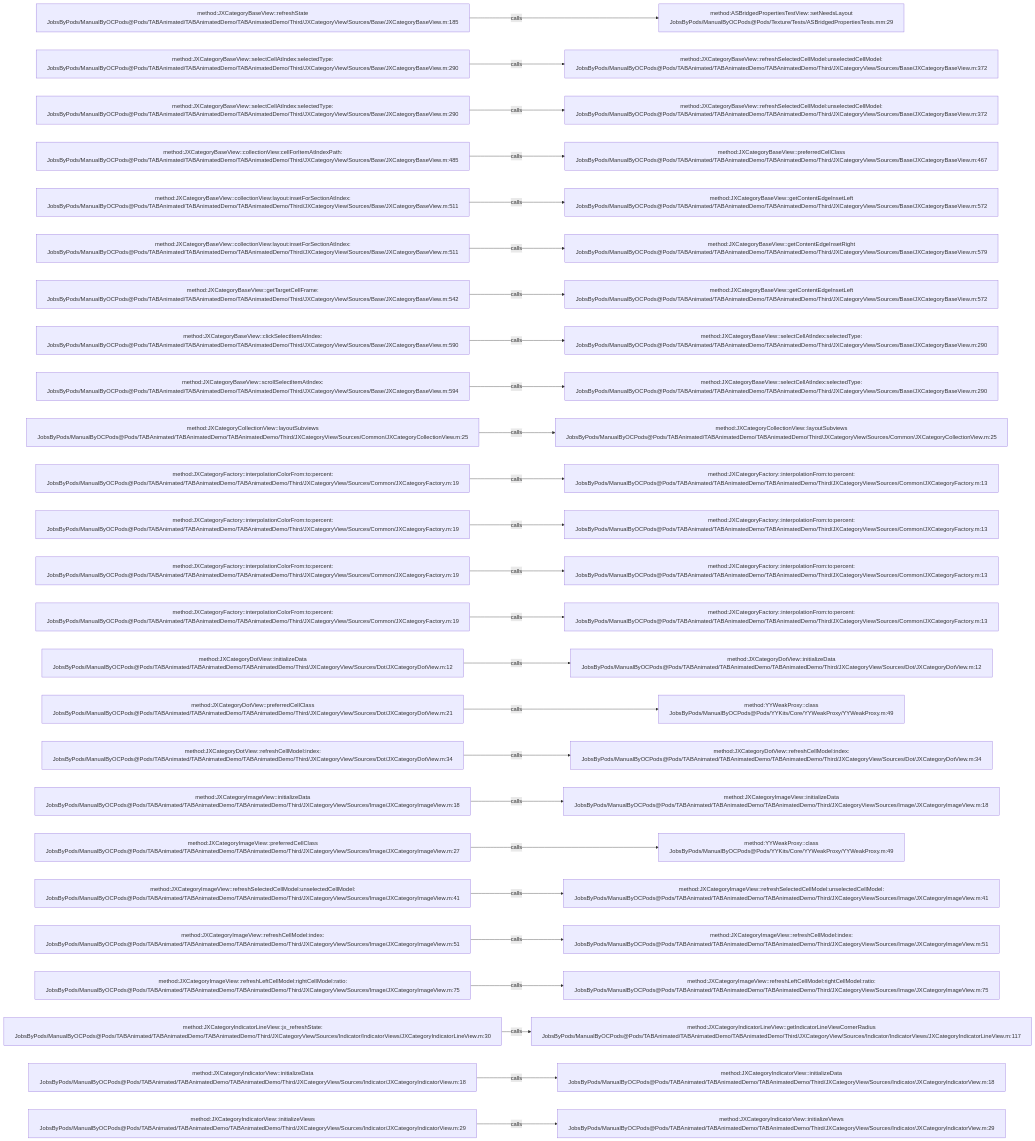
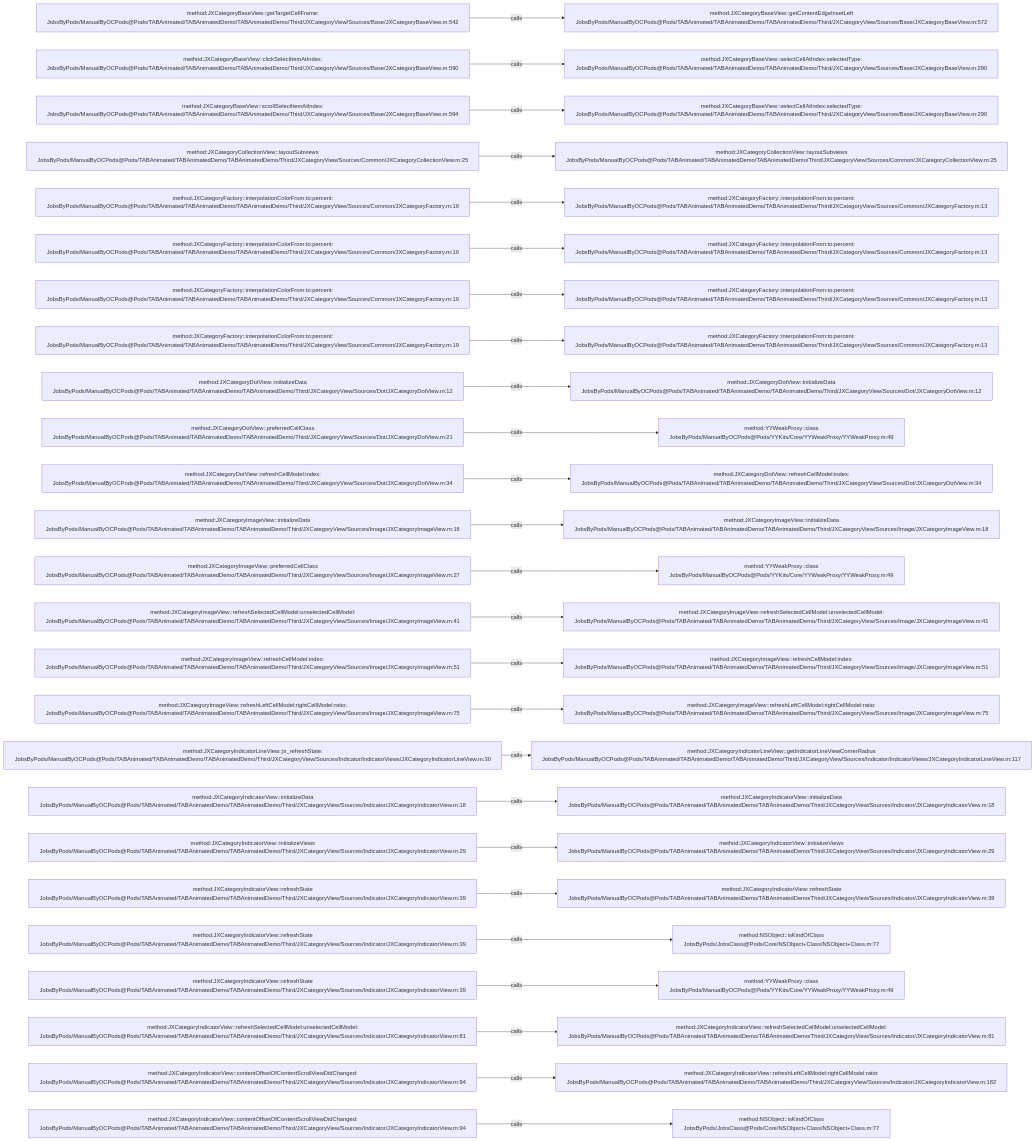
The diagram in .codegraph/codegraph.md/graphs/calls-034.md (JobsKits/JobsOCBaseConfigDemo), drawn with Mermaid before and after one commit. The commit also changed 666 other files, not shown here.

````diff
--- a/.codegraph/codegraph.md/graphs/calls-034.md
+++ b/.codegraph/codegraph.md/graphs/calls-034.md
@@ -13,78 +13,78 @@
 ```mermaid
 flowchart LR
-  S1["method:JXCategoryBaseView::refreshState<br/>JobsByPods/ManualByOCPods@Pods/TABAnimated/TABAnimatedDemo/TABAnimatedDemo/Third/JXCategoryView/Sources/Base/JXCategoryBaseView.m:185"]
-  T1["method:ASBridgedPropertiesTestView::setNeedsLayout<br/>JobsByPods/ManualByOCPods@Pods/Texture/Tests/ASBridgedPropertiesTests.mm:29"]
+  S1["method:JXCategoryBaseView::getTargetCellFrame:<br/>JobsByPods/ManualByOCPods@Pods/TABAnimated/TABAnimatedDemo/TABAnimatedDemo/Third/JXCategoryView/Sources/Base/JXCategoryBaseView.m:542"]
+  T1["method:JXCategoryBaseView::getContentEdgeInsetLeft<br/>JobsByPods/ManualByOCPods@Pods/TABAnimated/TABAnimatedDemo/TABAnimatedDemo/Third/JXCategoryView/Sources/Base/JXCategoryBaseView.m:572"]
   S1 -->|calls| T1
-  S2["method:JXCategoryBaseView::selectCellAtIndex:selectedType:<br/>JobsByPods/ManualByOCPods@Pods/TABAnimated/TABAnimatedDemo/TABAnimatedDemo/Third/JXCategoryView/Sources/Base/JXCategoryBaseView.m:290"]
-  T2["method:JXCategoryBaseView::refreshSelectedCellModel:unselectedCellModel:<br/>JobsByPods/ManualByOCPods@Pods/TABAnimated/TABAnimatedDemo/TABAnimatedDemo/Third/JXCategoryView/Sources/Base/JXCategoryBaseView.m:372"]
+  S2["method:JXCategoryBaseView::clickSelectItemAtIndex:<br/>JobsByPods/ManualByOCPods@Pods/TABAnimated/TABAnimatedDemo/TABAnimatedDemo/Third/JXCategoryView/Sources/Base/JXCategoryBaseView.m:590"]
+  T2["method:JXCategoryBaseView::selectCellAtIndex:selectedType:<br/>JobsByPods/ManualByOCPods@Pods/TABAnimated/TABAnimatedDemo/TABAnimatedDemo/Third/JXCategoryView/Sources/Base/JXCategoryBaseView.m:290"]
   S2 -->|calls| T2
-  S3["method:JXCategoryBaseView::selectCellAtIndex:selectedType:<br/>JobsByPods/ManualByOCPods@Pods/TABAnimated/TABAnimatedDemo/TABAnimatedDemo/Third/JXCategoryView/Sources/Base/JXCategoryBaseView.m:290"]
-  T3["method:JXCategoryBaseView::refreshSelectedCellModel:unselectedCellModel:<br/>JobsByPods/ManualByOCPods@Pods/TABAnimated/TABAnimatedDemo/TABAnimatedDemo/Third/JXCategoryView/Sources/Base/JXCategoryBaseView.m:372"]
+  S3["method:JXCategoryBaseView::scrollSelectItemAtIndex:<br/>JobsByPods/ManualByOCPods@Pods/TABAnimated/TABAnimatedDemo/TABAnimatedDemo/Third/JXCategoryView/Sources/Base/JXCategoryBaseView.m:594"]
+  T3["method:JXCategoryBaseView::selectCellAtIndex:selectedType:<br/>JobsByPods/ManualByOCPods@Pods/TABAnimated/TABAnimatedDemo/TABAnimatedDemo/Third/JXCategoryView/Sources/Base/JXCategoryBaseView.m:290"]
   S3 -->|calls| T3
-  S4["method:JXCategoryBaseView::collectionView:cellForItemAtIndexPath:<br/>JobsByPods/ManualByOCPods@Pods/TABAnimated/TABAnimatedDemo/TABAnimatedDemo/Third/JXCategoryView/Sources/Base/JXCategoryBaseView.m:485"]
-  T4["method:JXCategoryBaseView::preferredCellClass<br/>JobsByPods/ManualByOCPods@Pods/TABAnimated/TABAnimatedDemo/TABAnimatedDemo/Third/JXCategoryView/Sources/Base/JXCategoryBaseView.m:467"]
+  S4["method:JXCategoryCollectionView::layoutSubviews<br/>JobsByPods/ManualByOCPods@Pods/TABAnimated/TABAnimatedDemo/TABAnimatedDemo/Third/JXCategoryView/Sources/Common/JXCategoryCollectionView.m:25"]
+  T4["method:JXCategoryCollectionView::layoutSubviews<br/>JobsByPods/ManualByOCPods@Pods/TABAnimated/TABAnimatedDemo/TABAnimatedDemo/Third/JXCategoryView/Sources/Common/JXCategoryCollectionView.m:25"]
   S4 -->|calls| T4
-  S5["method:JXCategoryBaseView::collectionView:layout:insetForSectionAtIndex:<br/>JobsByPods/ManualByOCPods@Pods/TABAnimated/TABAnimatedDemo/TABAnimatedDemo/Third/JXCategoryView/Sources/Base/JXCategoryBaseView.m:511"]
-  T5["method:JXCategoryBaseView::getContentEdgeInsetLeft<br/>JobsByPods/ManualByOCPods@Pods/TABAnimated/TABAnimatedDemo/TABAnimatedDemo/Third/JXCategoryView/Sources/Base/JXCategoryBaseView.m:572"]
+  S5["method:JXCategoryFactory::interpolationColorFrom:to:percent:<br/>JobsByPods/ManualByOCPods@Pods/TABAnimated/TABAnimatedDemo/TABAnimatedDemo/Third/JXCategoryView/Sources/Common/JXCategoryFactory.m:19"]
+  T5["method:JXCategoryFactory::interpolationFrom:to:percent:<br/>JobsByPods/ManualByOCPods@Pods/TABAnimated/TABAnimatedDemo/TABAnimatedDemo/Third/JXCategoryView/Sources/Common/JXCategoryFactory.m:13"]
   S5 -->|calls| T5
-  S6["method:JXCategoryBaseView::collectionView:layout:insetForSectionAtIndex:<br/>JobsByPods/ManualByOCPods@Pods/TABAnimated/TABAnimatedDemo/TABAnimatedDemo/Third/JXCategoryView/Sources/Base/JXCategoryBaseView.m:511"]
-  T6["method:JXCategoryBaseView::getContentEdgeInsetRight<br/>JobsByPods/ManualByOCPods@Pods/TABAnimated/TABAnimatedDemo/TABAnimatedDemo/Third/JXCategoryView/Sources/Base/JXCategoryBaseView.m:579"]
+  S6["method:JXCategoryFactory::interpolationColorFrom:to:percent:<br/>JobsByPods/ManualByOCPods@Pods/TABAnimated/TABAnimatedDemo/TABAnimatedDemo/Third/JXCategoryView/Sources/Common/JXCategoryFactory.m:19"]
+  T6["method:JXCategoryFactory::interpolationFrom:to:percent:<br/>JobsByPods/ManualByOCPods@Pods/TABAnimated/TABAnimatedDemo/TABAnimatedDemo/Third/JXCategoryView/Sources/Common/JXCategoryFactory.m:13"]
   S6 -->|calls| T6
-  S7["method:JXCategoryBaseView::getTargetCellFrame:<br/>JobsByPods/ManualByOCPods@Pods/TABAnimated/TABAnimatedDemo/TABAnimatedDemo/Third/JXCategoryView/Sources/Base/JXCategoryBaseView.m:542"]
-  T7["method:JXCategoryBaseView::getContentEdgeInsetLeft<br/>JobsByPods/ManualByOCPods@Pods/TABAnimated/TABAnimatedDemo/TABAnimatedDemo/Third/JXCategoryView/Sources/Base/JXCategoryBaseView.m:572"]
+  S7["method:JXCategoryFactory::interpolationColorFrom:to:percent:<br/>JobsByPods/ManualByOCPods@Pods/TABAnimated/TABAnimatedDemo/TABAnimatedDemo/Third/JXCategoryView/Sources/Common/JXCategoryFactory.m:19"]
+  T7["method:JXCategoryFactory::interpolationFrom:to:percent:<br/>JobsByPods/ManualByOCPods@Pods/TABAnimated/TABAnimatedDemo/TABAnimatedDemo/Third/JXCategoryView/Sources/Common/JXCategoryFactory.m:13"]
   S7 -->|calls| T7
-  S8["method:JXCategoryBaseView::clickSelectItemAtIndex:<br/>JobsByPods/ManualByOCPods@Pods/TABAnimated/TABAnimatedDemo/TABAnimatedDemo/Third/JXCategoryView/Sources/Base/JXCategoryBaseView.m:590"]
-  T8["method:JXCategoryBaseView::selectCellAtIndex:selectedType:<br/>JobsByPods/ManualByOCPods@Pods/TABAnimated/TABAnimatedDemo/TABAnimatedDemo/Third/JXCategoryView/Sources/Base/JXCategoryBaseView.m:290"]
+  S8["method:JXCategoryFactory::interpolationColorFrom:to:percent:<br/>JobsByPods/ManualByOCPods@Pods/TABAnimated/TABAnimatedDemo/TABAnimatedDemo/Third/JXCategoryView/Sources/Common/JXCategoryFactory.m:19"]
+  T8["method:JXCategoryFactory::interpolationFrom:to:percent:<br/>JobsByPods/ManualByOCPods@Pods/TABAnimated/TABAnimatedDemo/TABAnimatedDemo/Third/JXCategoryView/Sources/Common/JXCategoryFactory.m:13"]
   S8 -->|calls| T8
-  S9["method:JXCategoryBaseView::scrollSelectItemAtIndex:<br/>JobsByPods/ManualByOCPods@Pods/TABAnimated/TABAnimatedDemo/TABAnimatedDemo/Third/JXCategoryView/Sources/Base/JXCategoryBaseView.m:594"]
-  T9["method:JXCategoryBaseView::selectCellAtIndex:selectedType:<br/>JobsByPods/ManualByOCPods@Pods/TABAnimated/TABAnimatedDemo/TABAnimatedDemo/Third/JXCategoryView/Sources/Base/JXCategoryBaseView.m:290"]
+  S9["method:JXCategoryDotView::initializeData<br/>JobsByPods/ManualByOCPods@Pods/TABAnimated/TABAnimatedDemo/TABAnimatedDemo/Third/JXCategoryView/Sources/Dot/JXCategoryDotView.m:12"]
+  T9["method:JXCategoryDotView::initializeData<br/>JobsByPods/ManualByOCPods@Pods/TABAnimated/TABAnimatedDemo/TABAnimatedDemo/Third/JXCategoryView/Sources/Dot/JXCategoryDotView.m:12"]
   S9 -->|calls| T9
-  S10["method:JXCategoryCollectionView::layoutSubviews<br/>JobsByPods/ManualByOCPods@Pods/TABAnimated/TABAnimatedDemo/TABAnimatedDemo/Third/JXCategoryView/Sources/Common/JXCategoryCollectionView.m:25"]
-  T10["method:JXCategoryCollectionView::layoutSubviews<br/>JobsByPods/ManualByOCPods@Pods/TABAnimated/TABAnimatedDemo/TABAnimatedDemo/Third/JXCategoryView/Sources/Common/JXCategoryCollectionView.m:25"]
+  S10["method:JXCategoryDotView::preferredCellClass<br/>JobsByPods/ManualByOCPods@Pods/TABAnimated/TABAnimatedDemo/TABAnimatedDemo/Third/JXCategoryView/Sources/Dot/JXCategoryDotView.m:21"]
+  T10["method:YYWeakProxy::class<br/>JobsByPods/ManualByOCPods@Pods/YYKits/Core/YYWeakProxy/YYWeakProxy.m:49"]
   S10 -->|calls| T10
-  S11["method:JXCategoryFactory::interpolationColorFrom:to:percent:<br/>JobsByPods/ManualByOCPods@Pods/TABAnimated/TABAnimatedDemo/TABAnimatedDemo/Third/JXCategoryView/Sources/Common/JXCategoryFactory.m:19"]
-  T11["method:JXCategoryFactory::interpolationFrom:to:percent:<br/>JobsByPods/ManualByOCPods@Pods/TABAnimated/TABAnimatedDemo/TABAnimatedDemo/Third/JXCategoryView/Sources/Common/JXCategoryFactory.m:13"]
+  S11["method:JXCategoryDotView::refreshCellModel:index:<br/>JobsByPods/ManualByOCPods@Pods/TABAnimated/TABAnimatedDemo/TABAnimatedDemo/Third/JXCategoryView/Sources/Dot/JXCategoryDotView.m:34"]
+  T11["method:JXCategoryDotView::refreshCellModel:index:<br/>JobsByPods/ManualByOCPods@Pods/TABAnimated/TABAnimatedDemo/TABAnimatedDemo/Third/JXCategoryView/Sources/Dot/JXCategoryDotView.m:34"]
   S11 -->|calls| T11
-  S12["method:JXCategoryFactory::interpolationColorFrom:to:percent:<br/>JobsByPods/ManualByOCPods@Pods/TABAnimated/TABAnimatedDemo/TABAnimatedDemo/Third/JXCategoryView/Sources/Common/JXCategoryFactory.m:19"]
-  T12["method:JXCategoryFactory::interpolationFrom:to:percent:<br/>JobsByPods/ManualByOCPods@Pods/TABAnimated/TABAnimatedDemo/TABAnimatedDemo/Third/JXCategoryView/Sources/Common/JXCategoryFactory.m:13"]
+  S12["method:JXCategoryImageView::initializeData<br/>JobsByPods/ManualByOCPods@Pods/TABAnimated/TABAnimatedDemo/TABAnimatedDemo/Third/JXCategoryView/Sources/Image/JXCategoryImageView.m:18"]
+  T12["method:JXCategoryImageView::initializeData<br/>JobsByPods/ManualByOCPods@Pods/TABAnimated/TABAnimatedDemo/TABAnimatedDemo/Third/JXCategoryView/Sources/Image/JXCategoryImageView.m:18"]
   S12 -->|calls| T12
-  S13["method:JXCategoryFactory::interpolationColorFrom:to:percent:<br/>JobsByPods/ManualByOCPods@Pods/TABAnimated/TABAnimatedDemo/TABAnimatedDemo/Third/JXCategoryView/Sources/Common/JXCategoryFactory.m:19"]
-  T13["method:JXCategoryFactory::interpolationFrom:to:percent:<br/>JobsByPods/ManualByOCPods@Pods/TABAnimated/TABAnimatedDemo/TABAnimatedDemo/Third/JXCategoryView/Sources/Common/JXCategoryFactory.m:13"]
+  S13["method:JXCategoryImageView::preferredCellClass<br/>JobsByPods/ManualByOCPods@Pods/TABAnimated/TABAnimatedDemo/TABAnimatedDemo/Third/JXCategoryView/Sources/Image/JXCategoryImageView.m:27"]
+  T13["method:YYWeakProxy::class<br/>JobsByPods/ManualByOCPods@Pods/YYKits/Core/YYWeakProxy/YYWeakProxy.m:49"]
   S13 -->|calls| T13
-  S14["method:JXCategoryFactory::interpolationColorFrom:to:percent:<br/>JobsByPods/ManualByOCPods@Pods/TABAnimated/TABAnimatedDemo/TABAnimatedDemo/Third/JXCategoryView/Sources/Common/JXCategoryFactory.m:19"]
-  T14["method:JXCategoryFactory::interpolationFrom:to:percent:<br/>JobsByPods/ManualByOCPods@Pods/TABAnimated/TABAnimatedDemo/TABAnimatedDemo/Third/JXCategoryView/Sources/Common/JXCategoryFactory.m:13"]
+  S14["method:JXCategoryImageView::refreshSelectedCellModel:unselectedCellModel:<br/>JobsByPods/ManualByOCPods@Pods/TABAnimated/TABAnimatedDemo/TABAnimatedDemo/Third/JXCategoryView/Sources/Image/JXCategoryImageView.m:41"]
+  T14["method:JXCategoryImageView::refreshSelectedCellModel:unselectedCellModel:<br/>JobsByPods/ManualByOCPods@Pods/TABAnimated/TABAnimatedDemo/TABAnimatedDemo/Third/JXCategoryView/Sources/Image/JXCategoryImageView.m:41"]
   S14 -->|calls| T14
-  S15["method:JXCategoryDotView::initializeData<br/>JobsByPods/ManualByOCPods@Pods/TABAnimated/TABAnimatedDemo/TABAnimatedDemo/Third/JXCategoryView/Sources/Dot/JXCategoryDotView.m:12"]
-  T15["method:JXCategoryDotView::initializeData<br/>JobsByPods/ManualByOCPods@Pods/TABAnimated/TABAnimatedDemo/TABAnimatedDemo/Third/JXCategoryView/Sources/Dot/JXCategoryDotView.m:12"]
+  S15["method:JXCategoryImageView::refreshCellModel:index:<br/>JobsByPods/ManualByOCPods@Pods/TABAnimated/TABAnimatedDemo/TABAnimatedDemo/Third/JXCategoryView/Sources/Image/JXCategoryImageView.m:51"]
+  T15["method:JXCategoryImageView::refreshCellModel:index:<br/>JobsByPods/ManualByOCPods@Pods/TABAnimated/TABAnimatedDemo/TABAnimatedDemo/Third/JXCategoryView/Sources/Image/JXCategoryImageView.m:51"]
   S15 -->|calls| T15
-  S16["method:JXCategoryDotView::preferredCellClass<br/>JobsByPods/ManualByOCPods@Pods/TABAnimated/TABAnimatedDemo/TABAnimatedDemo/Third/JXCategoryView/Sources/Dot/JXCategoryDotView.m:21"]
-  T16["method:YYWeakProxy::class<br/>JobsByPods/ManualByOCPods@Pods/YYKits/Core/YYWeakProxy/YYWeakProxy.m:49"]
+  S16["method:JXCategoryImageView::refreshLeftCellModel:rightCellModel:ratio:<br/>JobsByPods/ManualByOCPods@Pods/TABAnimated/TABAnimatedDemo/TABAnimatedDemo/Third/JXCategoryView/Sources/Image/JXCategoryImageView.m:75"]
+  T16["method:JXCategoryImageView::refreshLeftCellModel:rightCellModel:ratio:<br/>JobsByPods/ManualByOCPods@Pods/TABAnimated/TABAnimatedDemo/TABAnimatedDemo/Third/JXCategoryView/Sources/Image/JXCategoryImageView.m:75"]
   S16 -->|calls| T16
-  S17["method:JXCategoryDotView::refreshCellModel:index:<br/>JobsByPods/ManualByOCPods@Pods/TABAnimated/TABAnimatedDemo/TABAnimatedDemo/Third/JXCategoryView/Sources/Dot/JXCategoryDotView.m:34"]
-  T17["method:JXCategoryDotView::refreshCellModel:index:<br/>JobsByPods/ManualByOCPods@Pods/TABAnimated/TABAnimatedDemo/TABAnimatedDemo/Third/JXCategoryView/Sources/Dot/JXCategoryDotView.m:34"]
+  S17["method:JXCategoryIndicatorLineView::jx_refreshState:<br/>JobsByPods/ManualByOCPods@Pods/TABAnimated/TABAnimatedDemo/TABAnimatedDemo/Third/JXCategoryView/Sources/Indicator/IndicatorViews/JXCategoryIndicatorLineView.m:30"]
+  T17["method:JXCategoryIndicatorLineView::getIndicatorLineViewCornerRadius<br/>JobsByPods/ManualByOCPods@Pods/TABAnimated/TABAnimatedDemo/TABAnimatedDemo/Third/JXCategoryView/Sources/Indicator/IndicatorViews/JXCategoryIndicatorLineView.m:117"]
   S17 -->|calls| T17
-  S18["method:JXCategoryImageView::initializeData<br/>JobsByPods/ManualByOCPods@Pods/TABAnimated/TABAnimatedDemo/TABAnimatedDemo/Third/JXCategoryView/Sources/Image/JXCategoryImageView.m:18"]
-  T18["method:JXCategoryImageView::initializeData<br/>JobsByPods/ManualByOCPods@Pods/TABAnimated/TABAnimatedDemo/TABAnimatedDemo/Third/JXCategoryView/Sources/Image/JXCategoryImageView.m:18"]
+  S18["method:JXCategoryIndicatorView::initializeData<br/>JobsByPods/ManualByOCPods@Pods/TABAnimated/TABAnimatedDemo/TABAnimatedDemo/Third/JXCategoryView/Sources/Indicator/JXCategoryIndicatorView.m:18"]
+  T18["method:JXCategoryIndicatorView::initializeData<br/>JobsByPods/ManualByOCPods@Pods/TABAnimated/TABAnimatedDemo/TABAnimatedDemo/Third/JXCategoryView/Sources/Indicator/JXCategoryIndicatorView.m:18"]
   S18 -->|calls| T18
-  S19["method:JXCategoryImageView::preferredCellClass<br/>JobsByPods/ManualByOCPods@Pods/TABAnimated/TABAnimatedDemo/TABAnimatedDemo/Third/JXCategoryView/Sources/Image/JXCategoryImageView.m:27"]
-  T19["method:YYWeakProxy::class<br/>JobsByPods/ManualByOCPods@Pods/YYKits/Core/YYWeakProxy/YYWeakProxy.m:49"]
+  S19["method:JXCategoryIndicatorView::initializeViews<br/>JobsByPods/ManualByOCPods@Pods/TABAnimated/TABAnimatedDemo/TABAnimatedDemo/Third/JXCategoryView/Sources/Indicator/JXCategoryIndicatorView.m:29"]
+  T19["method:JXCategoryIndicatorView::initializeViews<br/>JobsByPods/ManualByOCPods@Pods/TABAnimated/TABAnimatedDemo/TABAnimatedDemo/Third/JXCategoryView/Sources/Indicator/JXCategoryIndicatorView.m:29"]
   S19 -->|calls| T19
-  S20["method:JXCategoryImageView::refreshSelectedCellModel:unselectedCellModel:<br/>JobsByPods/ManualByOCPods@Pods/TABAnimated/TABAnimatedDemo/TABAnimatedDemo/Third/JXCategoryView/Sources/Image/JXCategoryImageView.m:41"]
-  T20["method:JXCategoryImageView::refreshSelectedCellModel:unselectedCellModel:<br/>JobsByPods/ManualByOCPods@Pods/TABAnimated/TABAnimatedDemo/TABAnimatedDemo/Third/JXCategoryView/Sources/Image/JXCategoryImageView.m:41"]
+  S20["method:JXCategoryIndicatorView::refreshState<br/>JobsByPods/ManualByOCPods@Pods/TABAnimated/TABAnimatedDemo/TABAnimatedDemo/Third/JXCategoryView/Sources/Indicator/JXCategoryIndicatorView.m:39"]
+  T20["method:JXCategoryIndicatorView::refreshState<br/>JobsByPods/ManualByOCPods@Pods/TABAnimated/TABAnimatedDemo/TABAnimatedDemo/Third/JXCategoryView/Sources/Indicator/JXCategoryIndicatorView.m:39"]
   S20 -->|calls| T20
-  S21["method:JXCategoryImageView::refreshCellModel:index:<br/>JobsByPods/ManualByOCPods@Pods/TABAnimated/TABAnimatedDemo/TABAnimatedDemo/Third/JXCategoryView/Sources/Image/JXCategoryImageView.m:51"]
-  T21["method:JXCategoryImageView::refreshCellModel:index:<br/>JobsByPods/ManualByOCPods@Pods/TABAnimated/TABAnimatedDemo/TABAnimatedDemo/Third/JXCategoryView/Sources/Image/JXCategoryImageView.m:51"]
+  S21["method:JXCategoryIndicatorView::refreshState<br/>JobsByPods/ManualByOCPods@Pods/TABAnimated/TABAnimatedDemo/TABAnimatedDemo/Third/JXCategoryView/Sources/Indicator/JXCategoryIndicatorView.m:39"]
+  T21["method:NSObject::isKindOfClass<br/>JobsByPods/JobsClass@Pods/Core/NSObject+Class/NSObject+Class.m:77"]
   S21 -->|calls| T21
-  S22["method:JXCategoryImageView::refreshLeftCellModel:rightCellModel:ratio:<br/>JobsByPods/ManualByOCPods@Pods/TABAnimated/TABAnimatedDemo/TABAnimatedDemo/Third/JXCategoryView/Sources/Image/JXCategoryImageView.m:75"]
-  T22["method:JXCategoryImageView::refreshLeftCellModel:rightCellModel:ratio:<br/>JobsByPods/ManualByOCPods@Pods/TABAnimated/TABAnimatedDemo/TABAnimatedDemo/Third/JXCategoryView/Sources/Image/JXCategoryImageView.m:75"]
+  S22["method:JXCategoryIndicatorView::refreshState<br/>JobsByPods/ManualByOCPods@Pods/TABAnimated/TABAnimatedDemo/TABAnimatedDemo/Third/JXCategoryView/Sources/Indicator/JXCategoryIndicatorView.m:39"]
+  T22["method:YYWeakProxy::class<br/>JobsByPods/ManualByOCPods@Pods/YYKits/Core/YYWeakProxy/YYWeakProxy.m:49"]
   S22 -->|calls| T22
-  S23["method:JXCategoryIndicatorLineView::jx_refreshState:<br/>JobsByPods/ManualByOCPods@Pods/TABAnimated/TABAnimatedDemo/TABAnimatedDemo/Third/JXCategoryView/Sources/Indicator/IndicatorViews/JXCategoryIndicatorLineView.m:30"]
-  T23["method:JXCategoryIndicatorLineView::getIndicatorLineViewCornerRadius<br/>JobsByPods/ManualByOCPods@Pods/TABAnimated/TABAnimatedDemo/TABAnimatedDemo/Third/JXCategoryView/Sources/Indicator/IndicatorViews/JXCategoryIndicatorLineView.m:117"]
+  S23["method:JXCategoryIndicatorView::refreshSelectedCellModel:unselectedCellModel:<br/>JobsByPods/ManualByOCPods@Pods/TABAnimated/TABAnimatedDemo/TABAnimatedDemo/Third/JXCategoryView/Sources/Indicator/JXCategoryIndicatorView.m:81"]
+  T23["method:JXCategoryIndicatorView::refreshSelectedCellModel:unselectedCellModel:<br/>JobsByPods/ManualByOCPods@Pods/TABAnimated/TABAnimatedDemo/TABAnimatedDemo/Third/JXCategoryView/Sources/Indicator/JXCategoryIndicatorView.m:81"]
   S23 -->|calls| T23
-  S24["method:JXCategoryIndicatorView::initializeData<br/>JobsByPods/ManualByOCPods@Pods/TABAnimated/TABAnimatedDemo/TABAnimatedDemo/Third/JXCategoryView/Sources/Indicator/JXCategoryIndicatorView.m:18"]
-  T24["method:JXCategoryIndicatorView::initializeData<br/>JobsByPods/ManualByOCPods@Pods/TABAnimated/TABAnimatedDemo/TABAnimatedDemo/Third/JXCategoryView/Sources/Indicator/JXCategoryIndicatorView.m:18"]
+  S24["method:JXCategoryIndicatorView::contentOffsetOfContentScrollViewDidChanged:<br/>JobsByPods/ManualByOCPods@Pods/TABAnimated/TABAnimatedDemo/TABAnimatedDemo/Third/JXCategoryView/Sources/Indicator/JXCategoryIndicatorView.m:94"]
+  T24["method:JXCategoryIndicatorView::refreshLeftCellModel:rightCellModel:ratio:<br/>JobsByPods/ManualByOCPods@Pods/TABAnimated/TABAnimatedDemo/TABAnimatedDemo/Third/JXCategoryView/Sources/Indicator/JXCategoryIndicatorView.m:182"]
   S24 -->|calls| T24
-  S25["method:JXCategoryIndicatorView::initializeViews<br/>JobsByPods/ManualByOCPods@Pods/TABAnimated/TABAnimatedDemo/TABAnimatedDemo/Third/JXCategoryView/Sources/Indicator/JXCategoryIndicatorView.m:29"]
-  T25["method:JXCategoryIndicatorView::initializeViews<br/>JobsByPods/ManualByOCPods@Pods/TABAnimated/TABAnimatedDemo/TABAnimatedDemo/Third/JXCategoryView/Sources/Indicator/JXCategoryIndicatorView.m:29"]
+  S25["method:JXCategoryIndicatorView::contentOffsetOfContentScrollViewDidChanged:<br/>JobsByPods/ManualByOCPods@Pods/TABAnimated/TABAnimatedDemo/TABAnimatedDemo/Third/JXCategoryView/Sources/Indicator/JXCategoryIndicatorView.m:94"]
+  T25["method:NSObject::isKindOfClass<br/>JobsByPods/JobsClass@Pods/Core/NSObject+Class/NSObject+Class.m:77"]
   S25 -->|calls| T25
 ```
````
